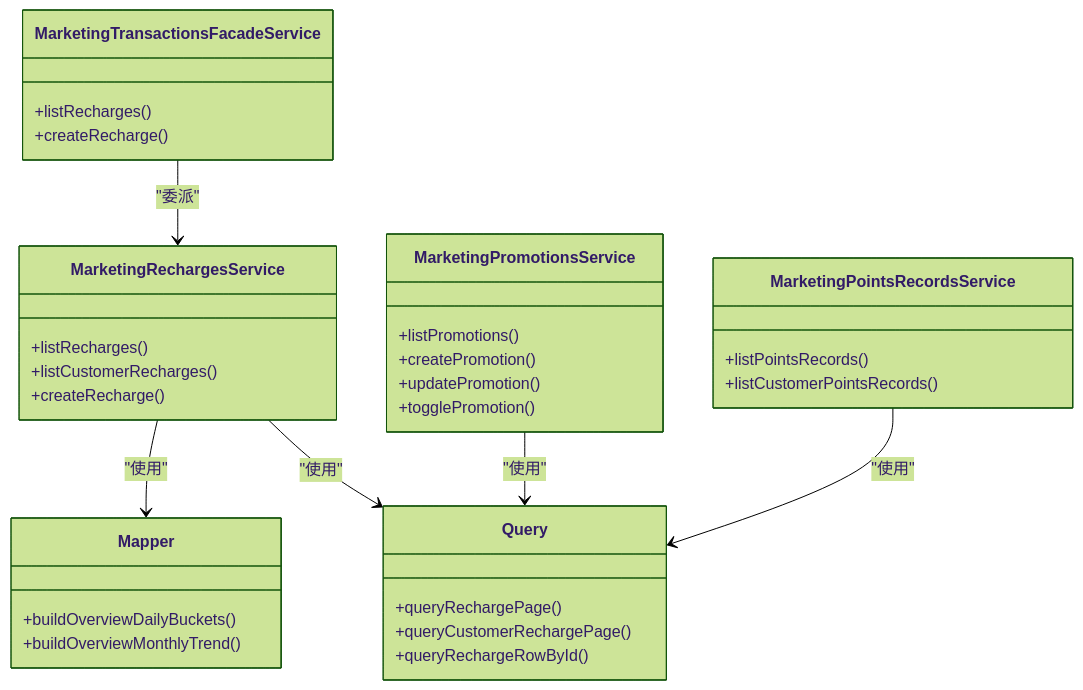
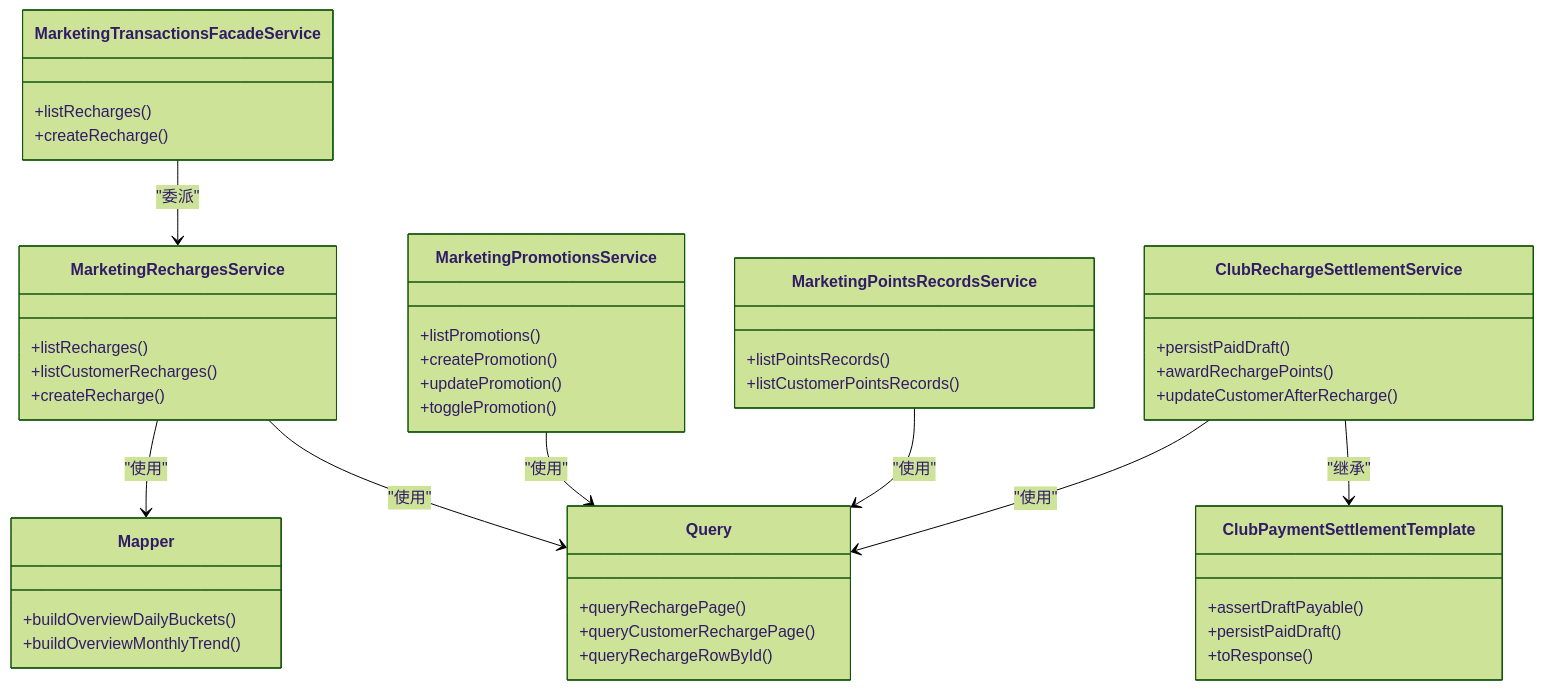
The fifth of 5 diagrams in .qoder/repowiki/zh/content/业务模块/营销推广模块/充值管理.md (rc558620/purelyprofit-server), drawn with Mermaid (forest theme) before and after one commit. The commit also changed other lines of this file and 18 other files, not shown here.

````diff
--- a/.qoder/repowiki/zh/content/业务模块/营销推广模块/充值管理.md
+++ b/.qoder/repowiki/zh/content/业务模块/营销推广模块/充值管理.md
@@ -244,36 +347,48 @@
 ```mermaid
 classDiagram
 class MarketingRechargesService {
 +listRecharges()
 +listCustomerRecharges()
 +createRecharge()
 }
 class MarketingTransactionsFacadeService {
 +listRecharges()
 +createRecharge()
 }
 class MarketingPromotionsService {
 +listPromotions()
 +createPromotion()
 +updatePromotion()
 +togglePromotion()
 }
 class MarketingPointsRecordsService {
 +listPointsRecords()
 +listCustomerPointsRecords()
 }
+class ClubRechargeSettlementService {
++persistPaidDraft()
++awardRechargePoints()
++updateCustomerAfterRecharge()
+}
+class ClubPaymentSettlementTemplate {
++assertDraftPayable()
++persistPaidDraft()
++toResponse()
+}
 class Query {
 +queryRechargePage()
 +queryCustomerRechargePage()
 +queryRechargeRowById()
 }
 class Mapper {
 +buildOverviewDailyBuckets()
 +buildOverviewMonthlyTrend()
 }
 MarketingTransactionsFacadeService --> MarketingRechargesService : "委派"
 MarketingRechargesService --> Query : "使用"
 MarketingRechargesService --> Mapper : "使用"
 MarketingPromotionsService --> Query : "使用"
 MarketingPointsRecordsService --> Query : "使用"
+ClubRechargeSettlementService --> ClubPaymentSettlementTemplate : "继承"
+ClubRechargeSettlementService --> Query : "使用"
 ```
````
